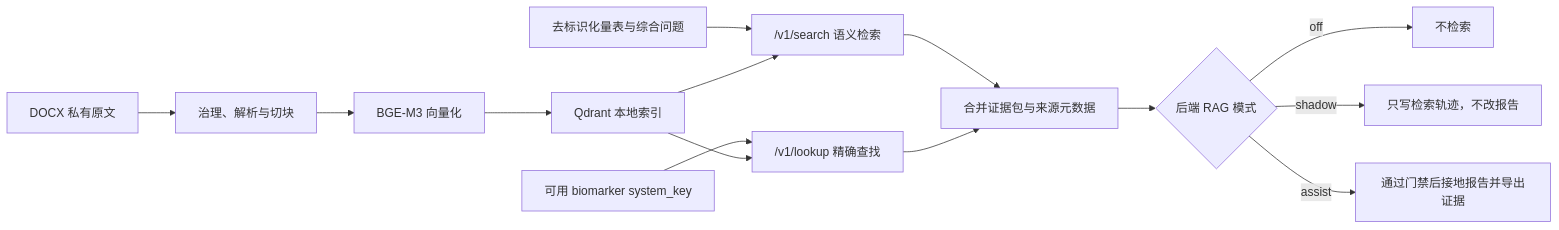
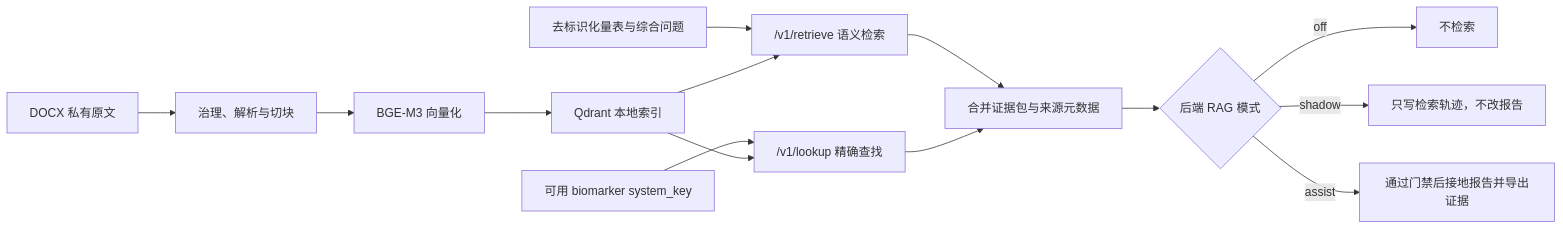
One commit to cty2489/Rehabilitation-Assessment-System-main changed the diagram in docs/RAG_GROUNDING.md. Above: the diagram before and after it, drawn with Mermaid. The commit also changed other lines of this file and 17 other files, not shown here.

````diff
--- a/docs/RAG_GROUNDING.md
+++ b/docs/RAG_GROUNDING.md
@@ -17,16 +17,16 @@
 ```mermaid
 flowchart LR
     A["DOCX 私有原文"] --> B["治理、解析与切块"]
     B --> C["BGE-M3 向量化"]
     C --> D["Qdrant 本地索引"]
-    E["去标识化量表与综合问题"] --> F["/v1/search 语义检索"]
+    E["去标识化量表与综合问题"] --> F["/v1/retrieve 语义检索"]
     M["可用 biomarker system_key"] --> N["/v1/lookup 精确查找"]
     D --> F
     D --> N
     F --> G["合并证据包与来源元数据"]
     N --> G
     G --> H{"后端 RAG 模式"}
     H -->|off| I["不检索"]
     H -->|shadow| J["只写检索轨迹，不改报告"]
     H -->|assist| K["通过门禁后接地报告并导出证据"]
 ```
````
